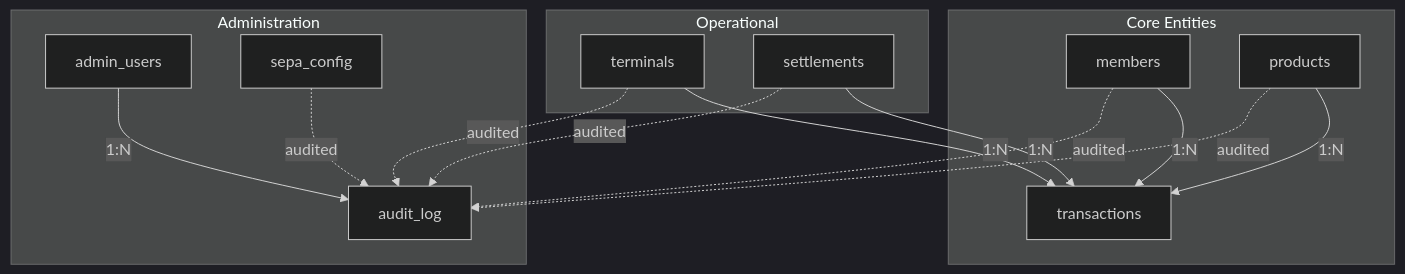
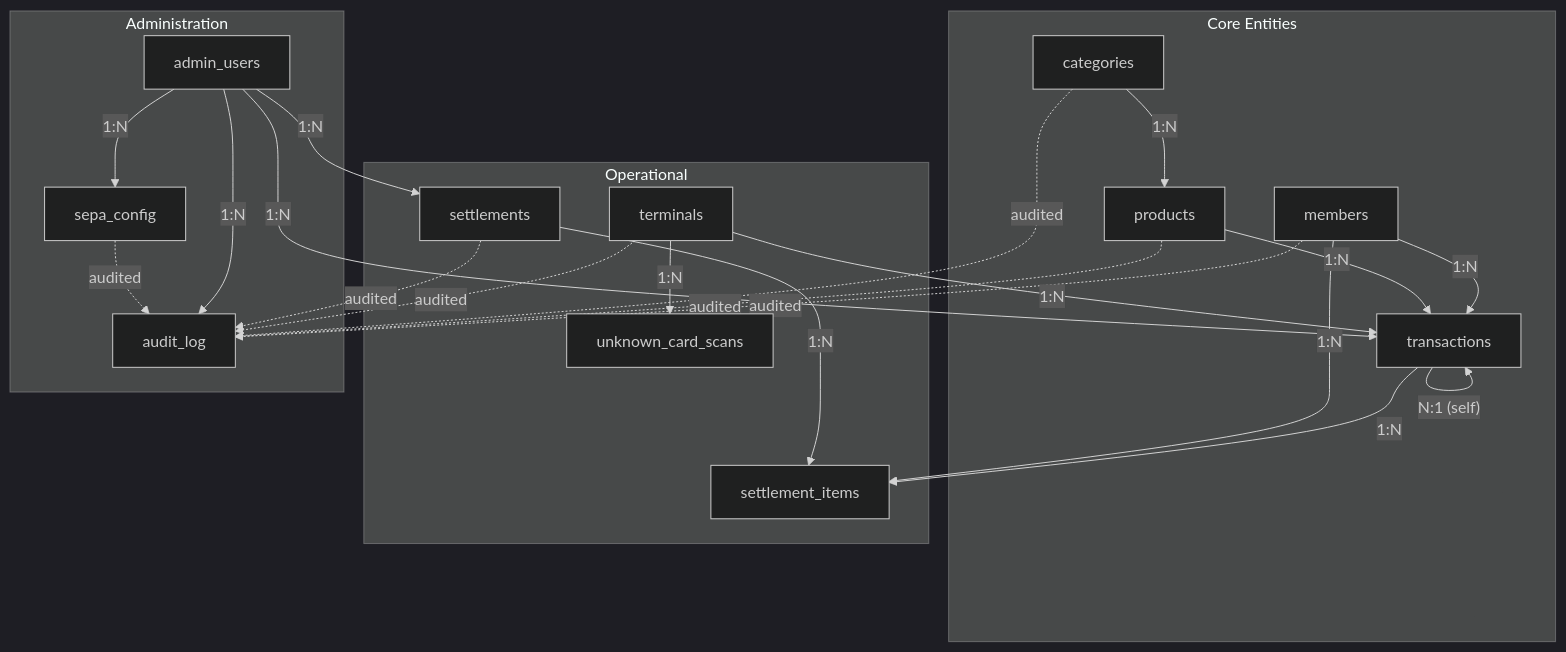
One commit to dgloeckner/clubbar changed the second of 2 diagrams in docs/erm-master.md. Above: the diagram before and after it, drawn with Mermaid (dark theme). The commit also changed other lines of this file and 1 other file, not shown here.

````diff
--- a/docs/erm-master.md
+++ b/docs/erm-master.md
@@ -313,31 +479,43 @@
 ```mermaid
 flowchart TB
     subgraph Core["Core Entities"]
         M[members]
+        C[categories]
         P[products]
         TX[transactions]
     end
 
     subgraph Operations["Operational"]
         T[terminals]
         S[settlements]
+        SI[settlement_items]
+        UC[unknown_card_scans]
     end
 
     subgraph Admin["Administration"]
         AU[admin_users]
         AL[audit_log]
         SC[sepa_config]
     end
 
+    C -->|"1:N"| P
     M -->|"1:N"| TX
     P -->|"1:N"| TX
     T -->|"1:N"| TX
-    S -->|"1:N"| TX
+    AU -->|"1:N"| TX
+    TX -->|"N:1 (self)"| TX
+    S -->|"1:N"| SI
+    TX -->|"1:N"| SI
+    M -->|"1:N"| SI
+    AU -->|"1:N"| S
     AU -->|"1:N"| AL
+    T -->|"1:N"| UC
+    AU -->|"1:N"| SC
 
     M -.->|"audited"| AL
     P -.->|"audited"| AL
+    C -.->|"audited"| AL
     T -.->|"audited"| AL
     S -.->|"audited"| AL
     SC -.->|"audited"| AL
 ```
````
